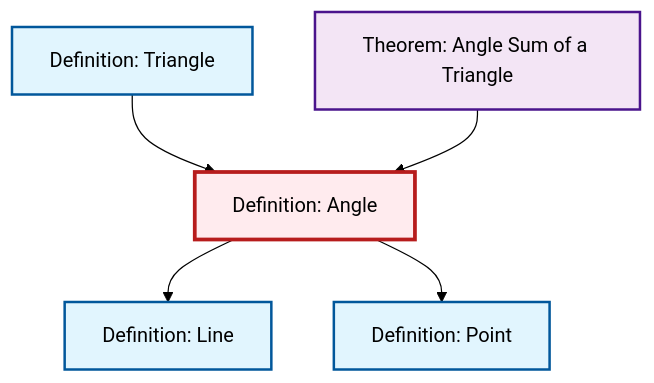
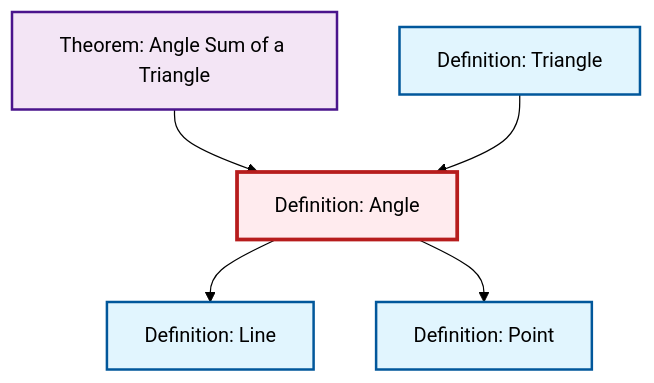
Before and after one commit to RK0429/ModernMath: the diagram in content/en/geometry/def-angle.qmd, drawn with Mermaid (forest theme). The commit also changed other lines of this file and 1012 other files, not shown here.

````diff
--- a/content/en/geometry/def-angle.qmd
+++ b/content/en/geometry/def-angle.qmd
@@ -49,23 +49,23 @@
 ```{mermaid}
 %%| fig-cap: "Local dependency graph"
 graph TD
     classDef definition fill:#e1f5fe,stroke:#01579b,stroke-width:2px
     classDef theorem fill:#f3e5f5,stroke:#4a148c,stroke-width:2px
     classDef axiom fill:#fff3e0,stroke:#e65100,stroke-width:2px
     classDef example fill:#e8f5e9,stroke:#1b5e20,stroke-width:2px
     classDef current fill:#ffebee,stroke:#b71c1c,stroke-width:3px
-    def-line["Definition: Line"]:::definition
     def-triangle["Definition: Triangle"]:::definition
-    def-point["Definition: Point"]:::definition
     def-angle["Definition: Angle"]:::definition
     thm-angle-sum-triangle["Theorem: Angle Sum of a Triangle"]:::theorem
+    def-line["Definition: Line"]:::definition
+    def-point["Definition: Point"]:::definition
+    thm-angle-sum-triangle --> def-angle
     def-angle --> def-line
     def-triangle --> def-angle
-    thm-angle-sum-triangle --> def-angle
     def-angle --> def-point
     class def-angle current
+    click def-triangle "def-triangle.html" "Go to Triangle definition"
+    click thm-angle-sum-triangle "thm-angle-sum-triangle.html" "Go to Angle Sum of a Triangle theorem"
     click def-line "def-line.html" "Go to Line definition"
-    click def-triangle "def-triangle.html" "Go to Triangle definition"
     click def-point "def-point.html" "Go to Point definition"
-    click thm-angle-sum-triangle "thm-angle-sum-triangle.html" "Go to Angle Sum of a Triangle theorem"
 ```
````
